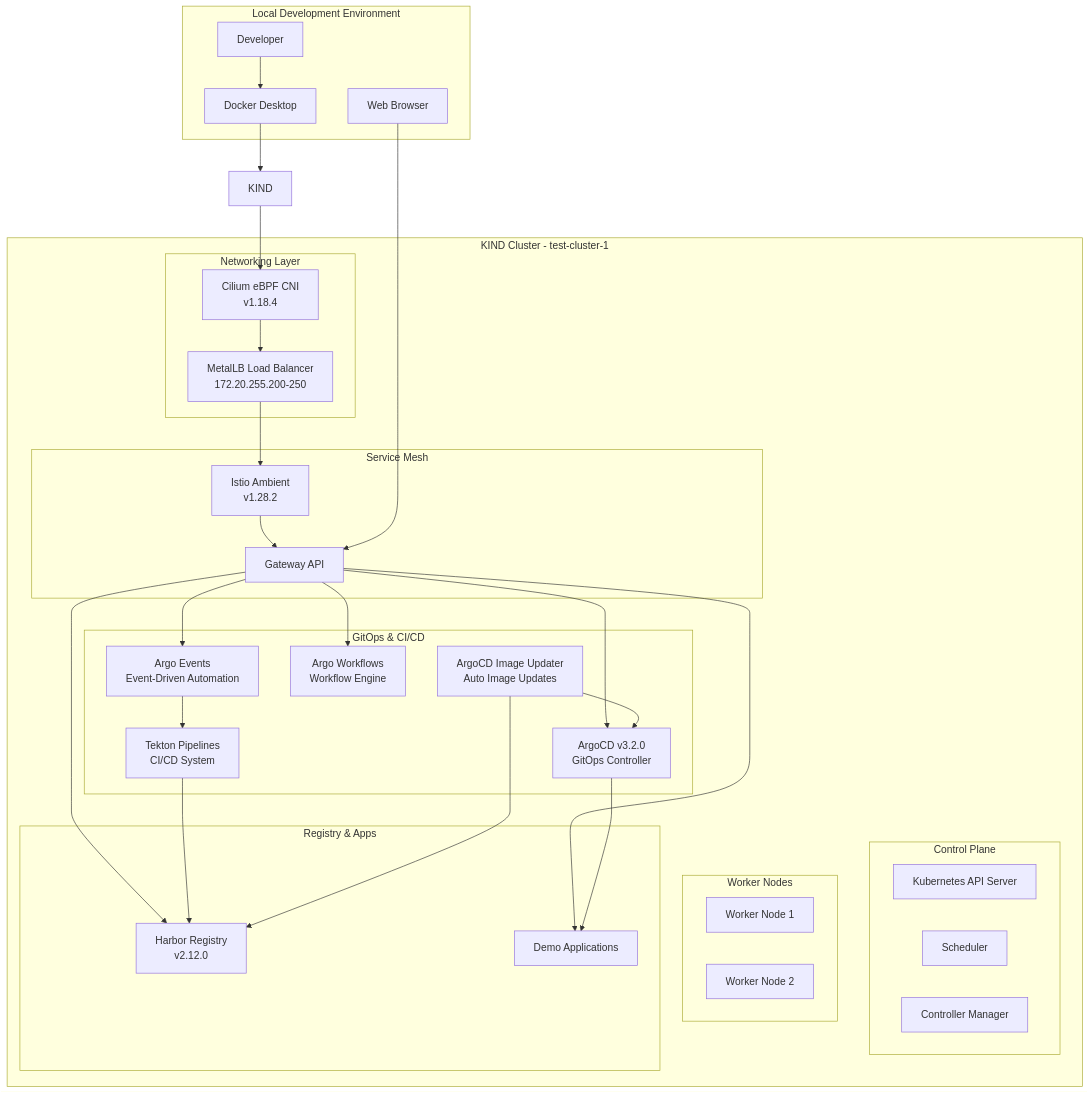
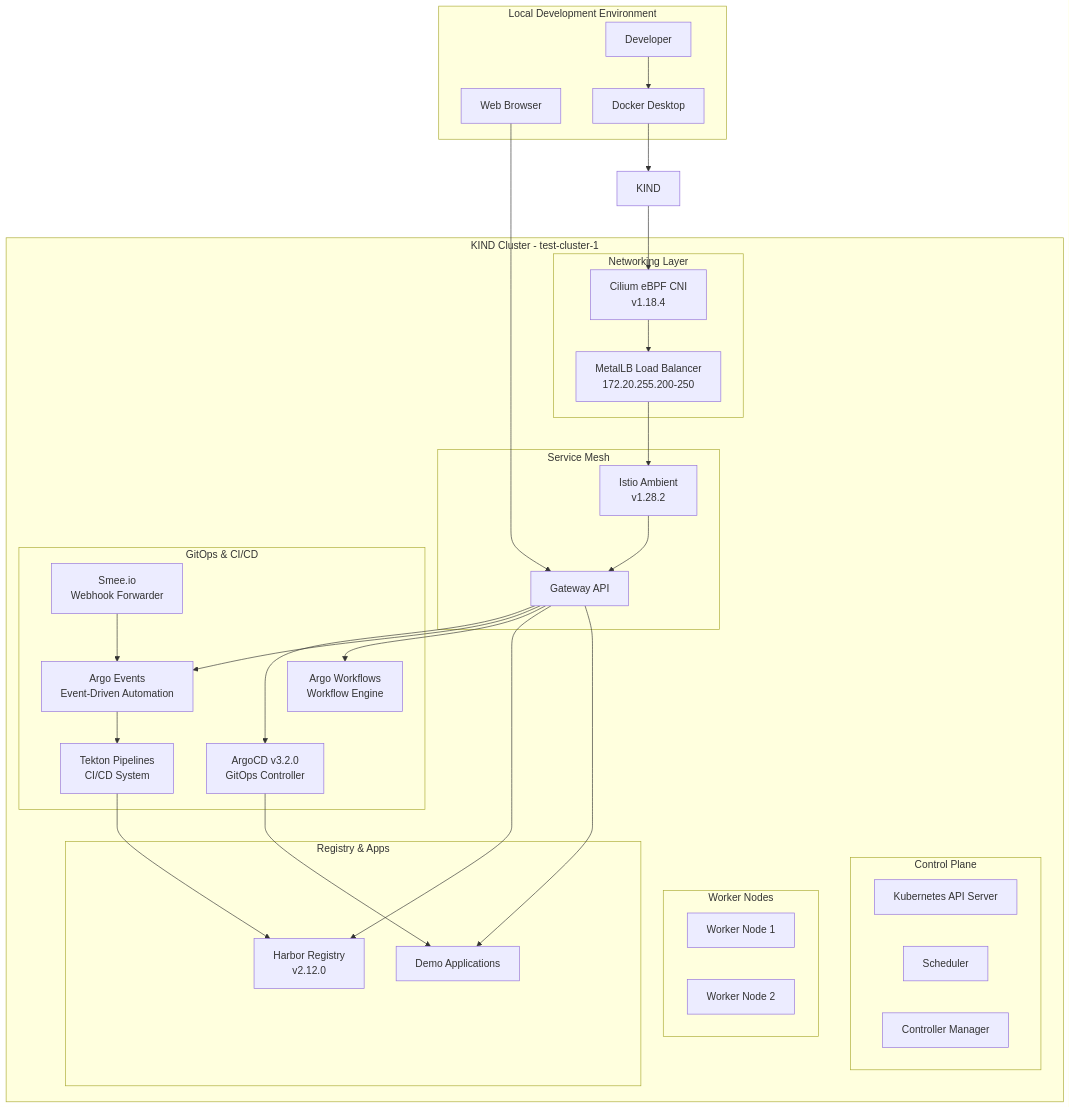
The first of 2 diagrams in README.md (emilpeychev/kind-cluster-cilium), drawn with Mermaid before and after one commit. The commit also changed other lines of this file and 2 other files, not shown here.

````diff
--- a/README.md
+++ b/README.md
@@ -49,62 +49,61 @@
 ```mermaid
 graph TB
     subgraph "Local Development Environment"
         Dev[Developer]
         Browser[Web Browser]
         Docker[Docker Desktop]
     end
     
     subgraph "KIND Cluster - test-cluster-1"
         subgraph "Control Plane"
             K8sAPI[Kubernetes API Server]
             Scheduler[Scheduler]
             Controller[Controller Manager]
         end
         
         subgraph "Worker Nodes"
             Node1[Worker Node 1]
             Node2[Worker Node 2]
         end
         
         subgraph "Networking Layer"
             Cilium[Cilium eBPF CNI<br/>v1.18.4]
             MetalLB[MetalLB Load Balancer<br/>172.20.255.200-250]
         end
         
         subgraph "Service Mesh"
             Istio[Istio Ambient<br/>v1.28.2]
             Gateway[Gateway API]
         end
         
         subgraph "GitOps & CI/CD"
             ArgoCD[ArgoCD v3.2.0<br/>GitOps Controller]
             ArgoEvents[Argo Events<br/>Event-Driven Automation]
             ArgoWorkflows[Argo Workflows<br/>Workflow Engine]
             Tekton[Tekton Pipelines<br/>CI/CD System]
-            ImageUpdater[ArgoCD Image Updater<br/>Auto Image Updates]
+            Smee[Smee.io<br/>Webhook Forwarder]
         end
         
         subgraph "Registry & Apps"
             Harbor[Harbor Registry<br/>v2.12.0]
             DemoApp[Demo Applications]
         end
     end
     
     Dev --> Docker
     Docker --> KIND
     KIND --> Cilium
     Cilium --> MetalLB
     MetalLB --> Istio
     Istio --> Gateway
     Gateway --> ArgoCD
     Gateway --> ArgoEvents
     Gateway --> ArgoWorkflows
     Gateway --> Harbor
     Gateway --> DemoApp
+    Smee --> ArgoEvents
     ArgoEvents --> Tekton
     Tekton --> Harbor
-    ImageUpdater --> Harbor
-    ImageUpdater --> ArgoCD
     ArgoCD --> DemoApp
     Browser --> Gateway
 ```
````
